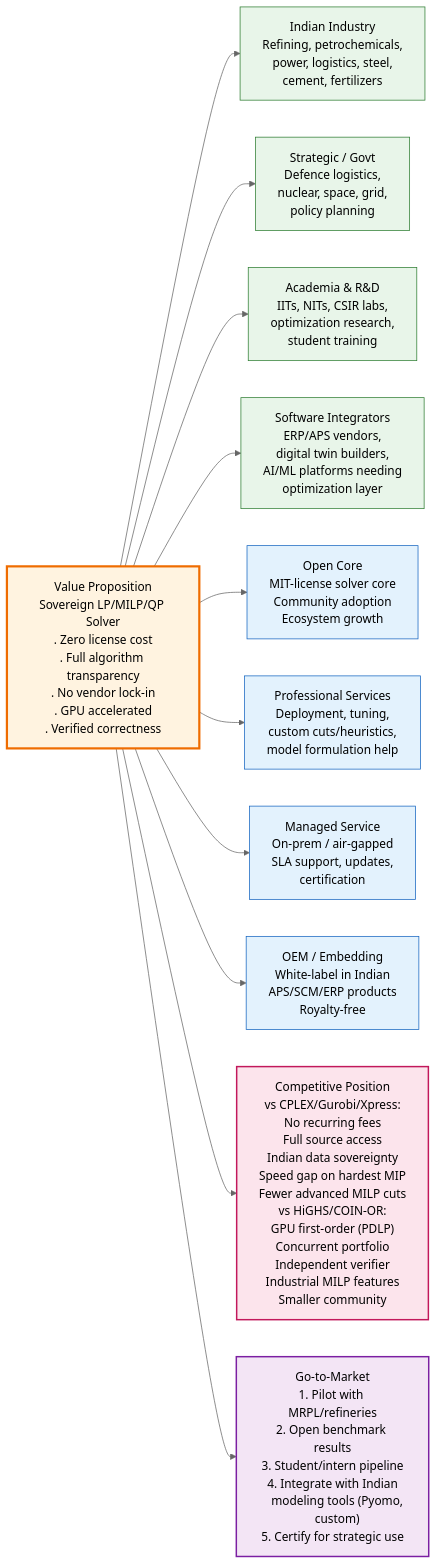
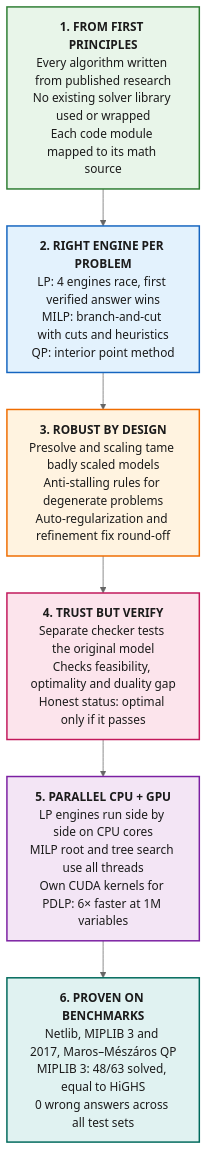
Before and after one commit to TANESHDEVHARE/Team-Suprema: the third of 3 diagrams in README.md, drawn with Mermaid (neutral theme). The commit also changed other lines of this file and 1 other file, not shown here.

````diff
--- a/README.md
+++ b/README.md
@@ -577,36 +149,25 @@
 ```mermaid
-flowchart LR
-    %% Value Proposition
-    VP["Value Proposition\nSovereign LP/MILP/QP Solver\n. Zero license cost\n. Full algorithm transparency\n. No vendor lock-in\n. GPU accelerated\n. Verified correctness"]
+flowchart TD
+    M1["<b>1. FROM FIRST PRINCIPLES</b><br/>Every algorithm written from published research<br/>No existing solver library used or wrapped<br/>Each code module mapped to its math source"]
+    M2["<b>2. RIGHT ENGINE PER PROBLEM</b><br/>LP: 4 engines race, first verified answer wins<br/>MILP: branch-and-cut with cuts and heuristics<br/>QP: interior point method"]
+    M3["<b>3. ROBUST BY DESIGN</b><br/>Presolve and scaling tame badly scaled models<br/>Anti-stalling rules for degenerate problems<br/>Auto-regularization and refinement fix round-off"]
+    M4["<b>4. TRUST BUT VERIFY</b><br/>Separate checker tests the original model<br/>Checks feasibility, optimality and duality gap<br/>Honest status: optimal only if it passes"]
+    M5["<b>5. PARALLEL CPU + GPU</b><br/>LP engines run side by side on CPU cores<br/>MILP root and tree search use all threads<br/>Own CUDA kernels for PDLP: 6× faster at 1M variables"]
+    M6["<b>6. PROVEN ON BENCHMARKS</b><br/>Netlib, MIPLIB 3 and 2017, Maros–Mészáros QP<br/>MIPLIB 3: 48/63 solved, equal to HiGHS<br/>0 wrong answers across all test sets"]
     
-    %% Target Markets
-    VP --> M1["Indian Industry\nRefining, petrochemicals,\npower, logistics, steel,\ncement, fertilizers"]
-    VP --> M2["Strategic / Govt\nDefence logistics,\nnuclear, space, grid,\npolicy planning"]
-    VP --> M3["Academia & R&D\nIITs, NITs, CSIR labs,\noptimization research,\nstudent training"]
-    VP --> M4["Software Integrators\nERP/APS vendors,\ndigital twin builders,\nAI/ML platforms needing\noptimization layer"]
+    M1 --> M2 --> M3 --> M4 --> M5 --> M6
     
-    %% Business Models
-    VP --> BM1["Open Core\nMIT-license solver core\nCommunity adoption\nEcosystem growth"]
-    VP --> BM2["Professional Services\nDeployment, tuning,\ncustom cuts/heuristics,\nmodel formulation help"]
-    VP --> BM3["Managed Service\nOn-prem / air-gapped\nSLA support, updates,\ncertification"]
-    VP --> BM4["OEM / Embedding\nWhite-label in Indian\nAPS/SCM/ERP products\nRoyalty-free"]
+    classDef c1 fill:#e8f5e9,stroke:#2e7d32,stroke-width:2px,color:#1b1b1b
+    classDef c2 fill:#e3f2fd,stroke:#1565c0,stroke-width:2px,color:#1b1b1b
+    classDef c3 fill:#fff3e0,stroke:#ef6c00,stroke-width:2px,color:#1b1b1b
+    classDef c4 fill:#fce4ec,stroke:#c2185b,stroke-width:2px,color:#1b1b1b
+    classDef c5 fill:#f3e5f5,stroke:#7b1fa2,stroke-width:2px,color:#1b1b1b
+    classDef c6 fill:#e0f2f1,stroke:#00695c,stroke-width:2px,color:#1b1b1b
     
-    %% Competitive Position
-    VP --> CP["Competitive Position\nvs CPLEX/Gurobi/Xpress:\n  No recurring fees\n  Full source access\n  Indian data sovereignty\n  Speed gap on hardest MIP\n  Fewer advanced MILP cuts\nvs HiGHS/COIN-OR:\n  GPU first-order (PDLP)\n  Concurrent portfolio\n  Independent verifier\n  Industrial MILP features\n  Smaller community"]
-    
-    %% Go-to-Market
-    VP --> GTM["Go-to-Market\n1. Pilot with MRPL/refineries\n2. Open benchmark results\n3. Student/intern pipeline\n4. Integrate with Indian\n   modeling tools (Pyomo,\n   custom)\n5. Certify for strategic use"]
-    
-    %% Styling
-    style VP fill:#fff3e0,stroke:#ef6c00,stroke-width:3px
-    style M1 fill:#e8f5e9,stroke:#2e7d32
-    style M2 fill:#e8f5e9,stroke:#2e7d32
-    style M3 fill:#e8f5e9,stroke:#2e7d32
-    style M4 fill:#e8f5e9,stroke:#2e7d32
-    style BM1 fill:#e3f2fd,stroke:#1565c0
-    style BM2 fill:#e3f2fd,stroke:#1565c0
-    style BM3 fill:#e3f2fd,stroke:#1565c0
-    style BM4 fill:#e3f2fd,stroke:#1565c0
-    style CP fill:#fce4ec,stroke:#c2185b,stroke-width:2px
-    style GTM fill:#f3e5f5,stroke:#7b1fa2,stroke-width:2px
+    class M1 c1
+    class M2 c2
+    class M3 c3
+    class M4 c4
+    class M5 c5
+    class M6 c6
 ```
````
